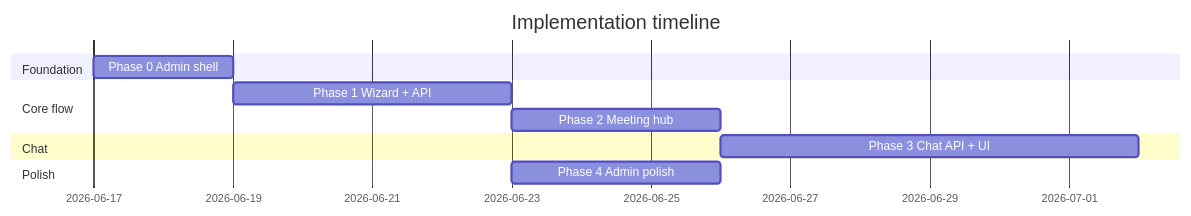
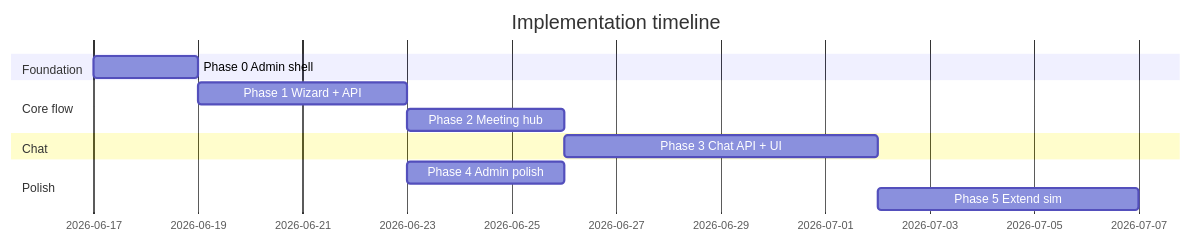
Before and after one commit to Coof1975/debating: the second of 2 diagrams in docs/IMPLEMENTATION_PLAN.md, drawn with Mermaid. The commit also changed other lines of this file and 33 other files, not shown here.

````diff
--- a/docs/IMPLEMENTATION_PLAN.md
+++ b/docs/IMPLEMENTATION_PLAN.md
@@ -561,14 +611,15 @@
 ```mermaid
 gantt
   title Implementation timeline
   dateFormat  YYYY-MM-DD
   section Foundation
   Phase 0 Admin shell     :p0, 2026-06-17, 2d
   section Core flow
   Phase 1 Wizard + API    :p1, after p0, 4d
   Phase 2 Meeting hub     :p2, after p1, 3d
   section Chat
   Phase 3 Chat API + UI   :p3, after p2, 6d
   section Polish
   Phase 4 Admin polish    :p4, after p1, 3d
+  Phase 5 Extend sim      :p5, after p3, 5d
 ```
````
